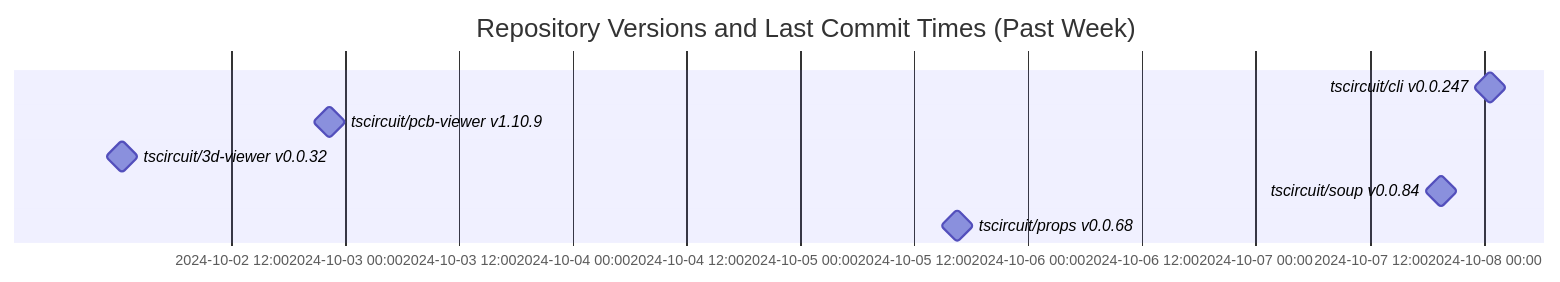
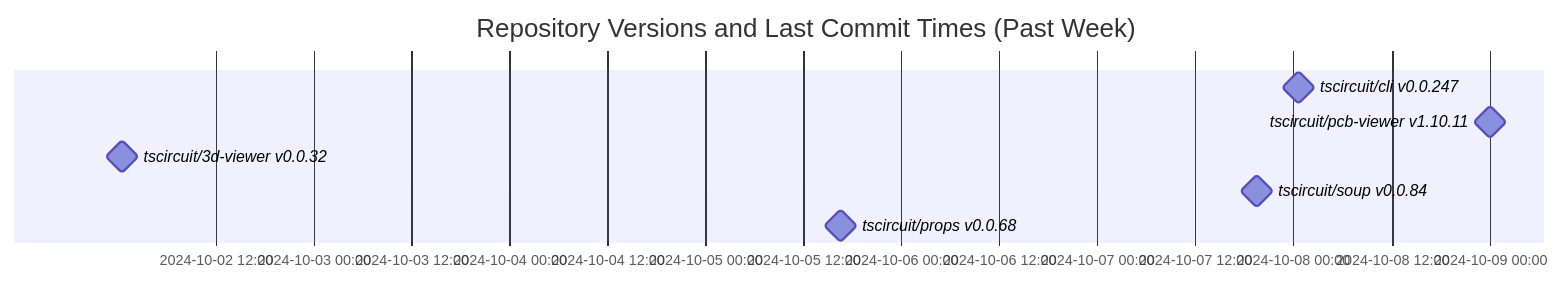
Before and after one commit to tscircuit/version-tracker: the diagram in README.md, drawn with Mermaid.

Commit message:
Update chart

````diff
--- a/README.md
+++ b/README.md
@@ -1,12 +1,12 @@
 ```mermaid
 gantt
   dateFormat  YYYY-MM-DD HH:mm:ss
   title Repository Versions and Last Commit Times (Past Week)
   axisFormat %Y-%m-%d %H:%M
 
   tscircuit/cli v0.0.247 : milestone, 2024-10-08 00:39:40, 1s
-  tscircuit/pcb-viewer v1.10.9 : milestone, 2024-10-02 22:24:48, 1s
+  tscircuit/pcb-viewer v1.10.11 : milestone, 2024-10-09 00:04:47, 1s
   tscircuit/3d-viewer v0.0.32 : milestone, 2024-10-02 00:30:55, 1s
   tscircuit/soup v0.0.84 : milestone, 2024-10-07 19:29:57, 1s
   tscircuit/props v0.0.68 : milestone, 2024-10-05 16:34:46, 1s
 ```
````
